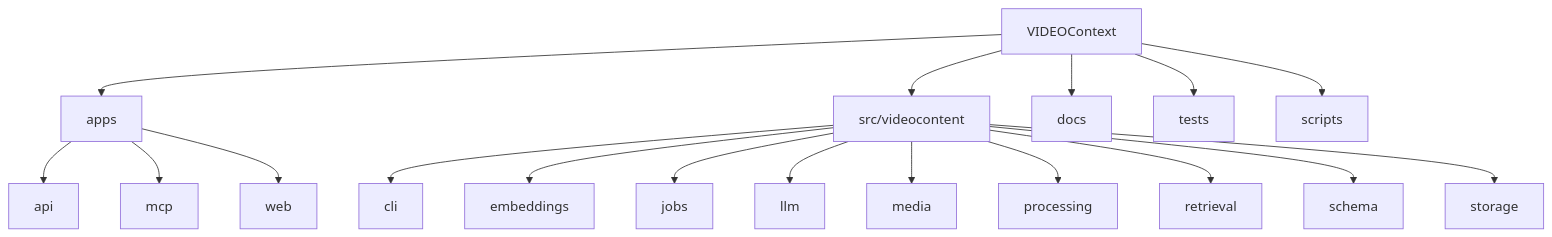
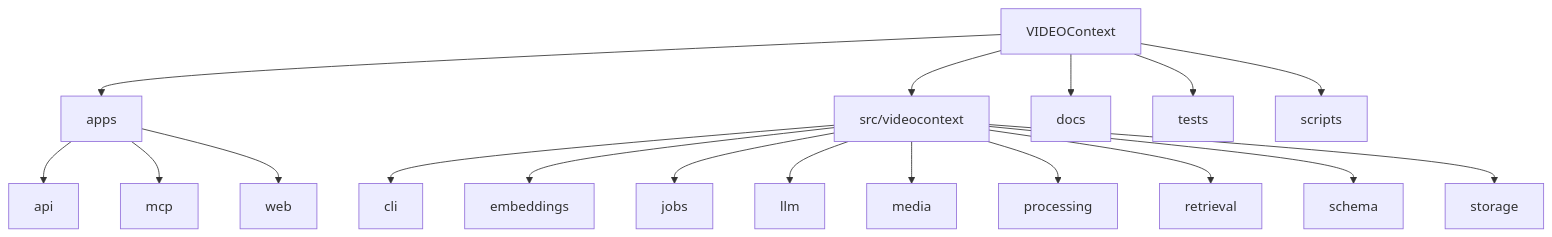
Diagram 11 of 12 in README.md (AAGAM17/VIDEOContext), drawn with Mermaid before and after one commit. The commit also changed other lines of this file and 98 other files, not shown here.

````diff
--- a/README.md
+++ b/README.md
@@ -1340,27 +1340,27 @@
 ```mermaid
 flowchart TB
 
     ROOT["VIDEOContext"]
 
     ROOT --> APPS["apps"]
 
     APPS --> API["api"]
     APPS --> MCP["mcp"]
     APPS --> WEB["web"]
 
-    ROOT --> SRC["src/videocontent"]
+    ROOT --> SRC["src/videocontext"]
 
     SRC --> CLI["cli"]
     SRC --> EMB["embeddings"]
     SRC --> JOBS["jobs"]
     SRC --> LLM["llm"]
     SRC --> MEDIA["media"]
     SRC --> PROC["processing"]
     SRC --> RET["retrieval"]
     SRC --> SCHEMA["schema"]
     SRC --> STORAGE["storage"]
 
     ROOT --> DOCS["docs"]
     ROOT --> TESTS["tests"]
     ROOT --> SCRIPTS["scripts"]
 ```
````
